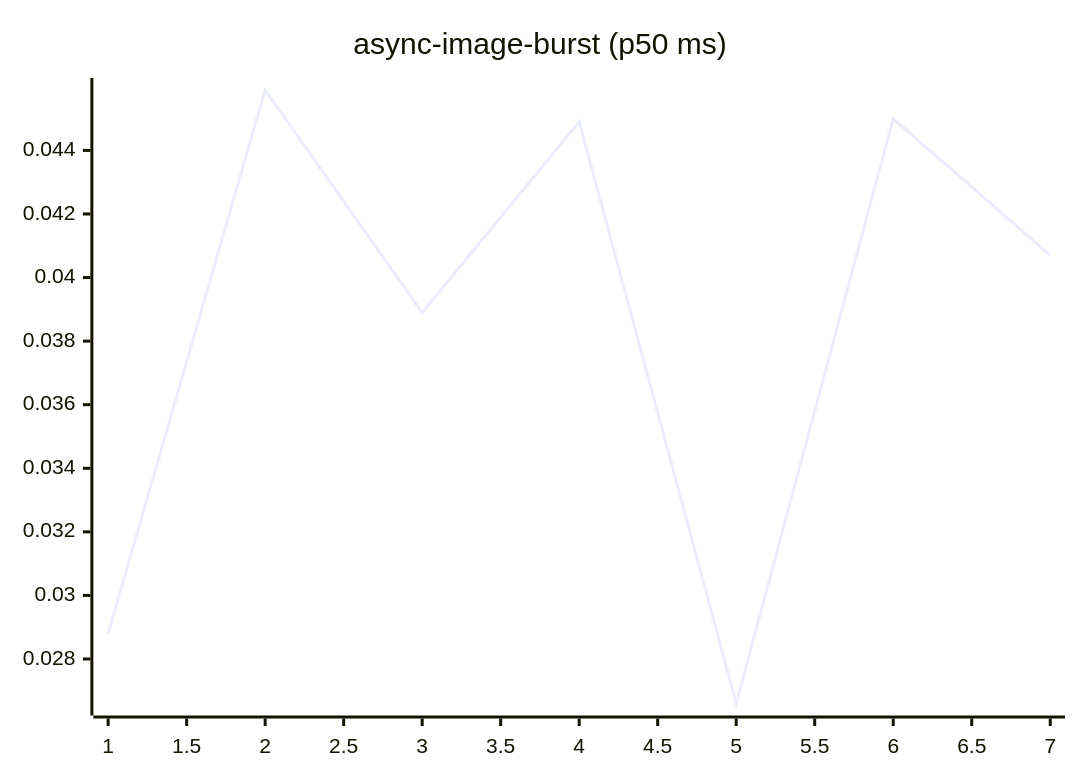
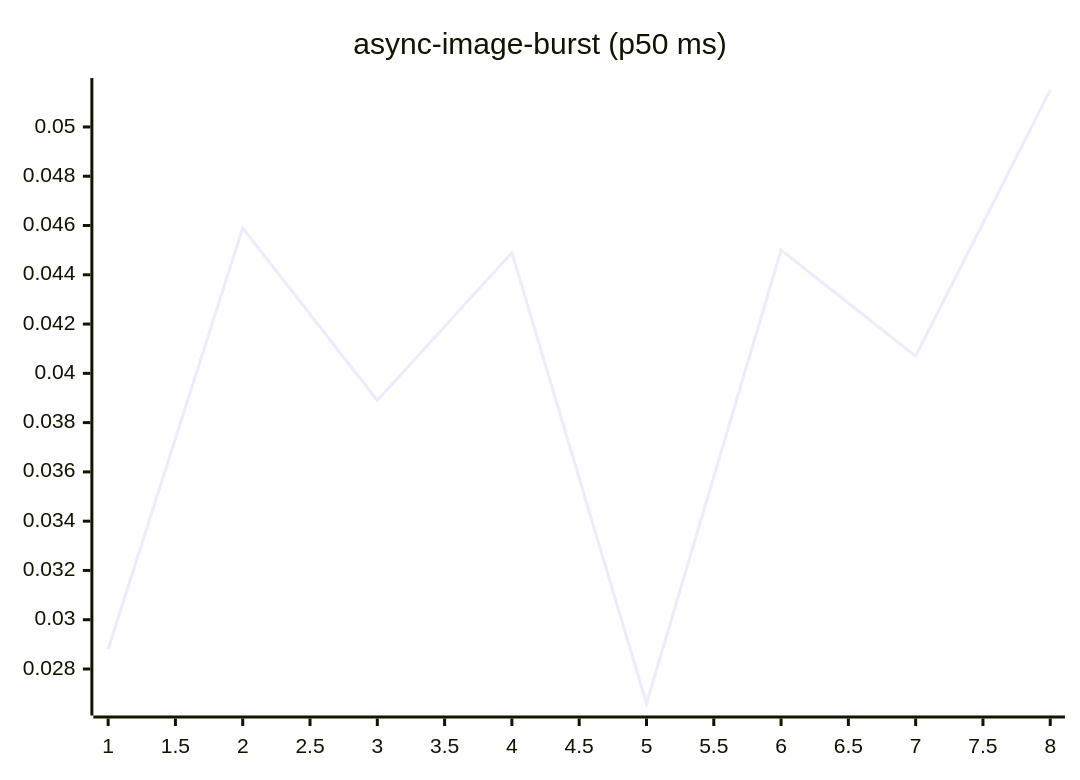
The fourth of 27 diagrams in README.md (josha/Facet), drawn with Mermaid before and after one commit. The commit also changed other lines of this file and 2 other files, not shown here.

````diff
--- a/README.md
+++ b/README.md
@@ -84,6 +84,6 @@
 ```mermaid
 xychart-beta
     title "async-image-burst (p50 ms)"
-    x-axis 1 --> 7
-    line [0.0288, 0.0459, 0.0389, 0.0449, 0.0266, 0.0450, 0.0407]
+    x-axis 1 --> 8
+    line [0.0288, 0.0459, 0.0389, 0.0449, 0.0266, 0.0450, 0.0407, 0.0515]
 ```
````
